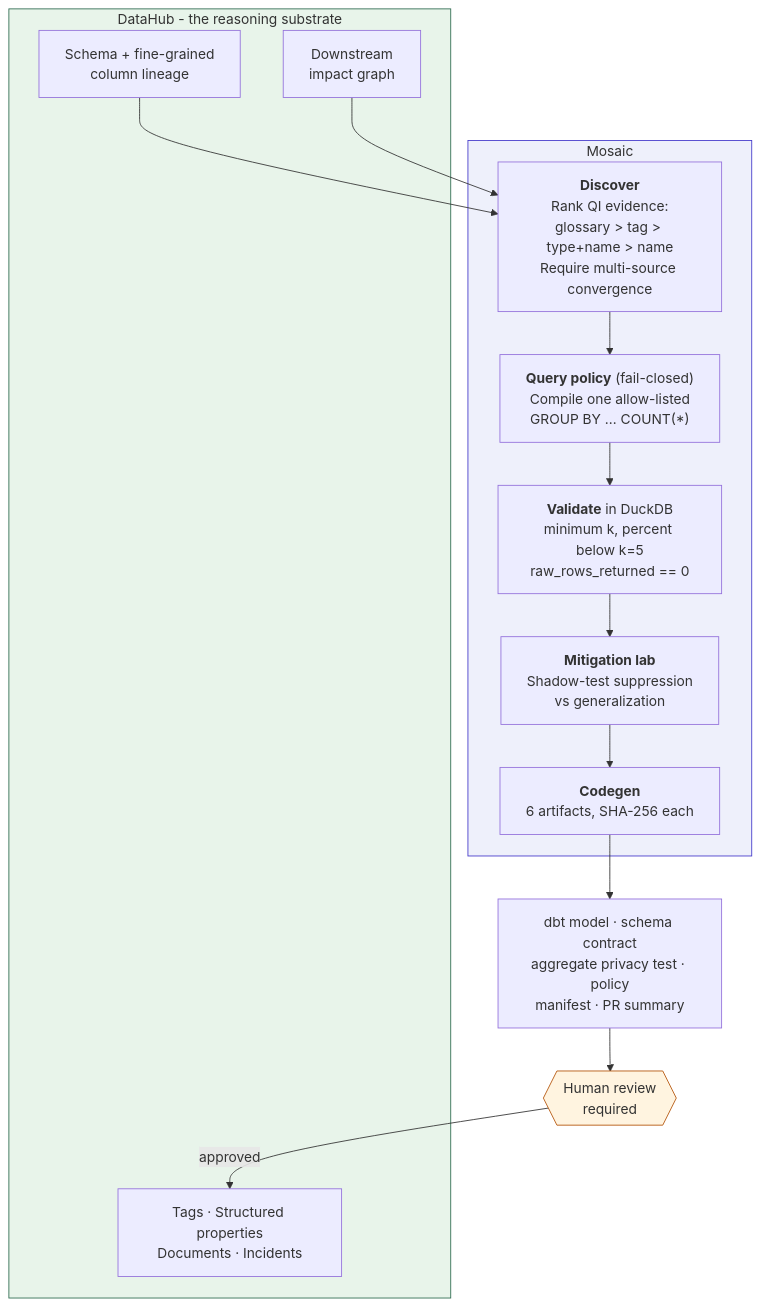
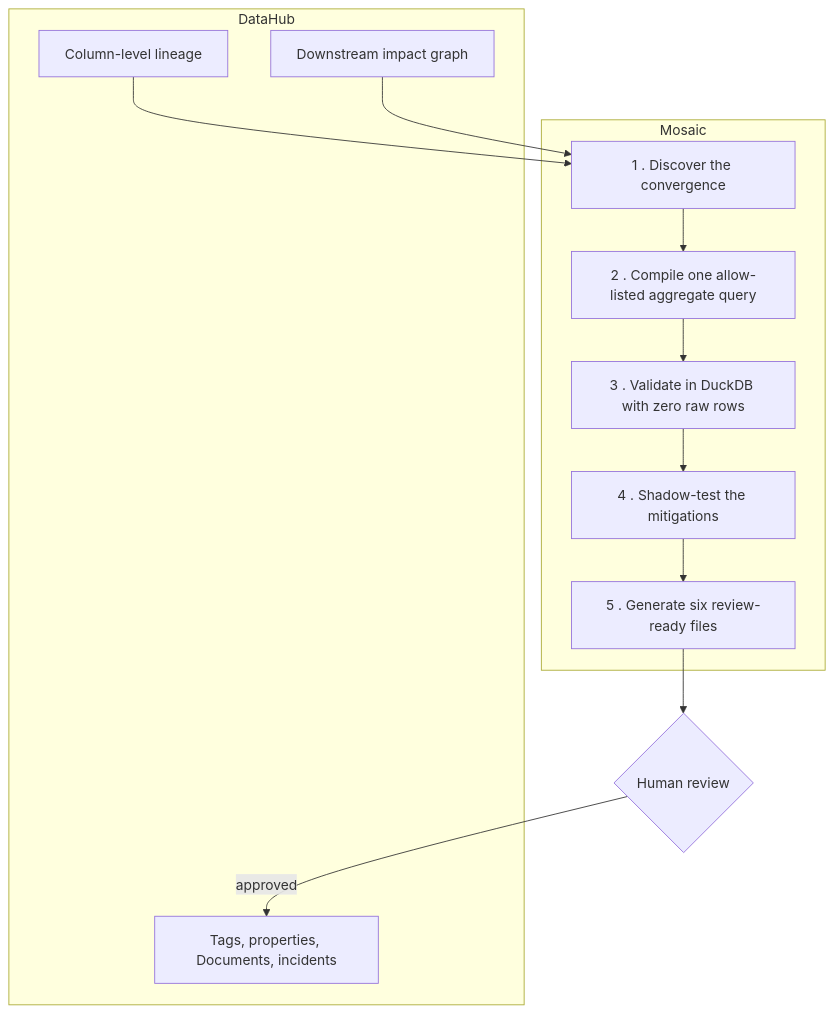
Before and after one commit to usv240/mosaic-datahub: the first of 2 diagrams in README.md, drawn with Mermaid. The commit also changed other lines of this file, not shown here.

Commit message:
Fix mermaid diagrams to render on GitHub in both themes

````diff
--- a/README.md
+++ b/README.md
@@ -40,30 +40,23 @@
 ```mermaid
 flowchart TB
-    subgraph DataHub["DataHub - the reasoning substrate"]
-        DH1["Schema + fine-grained<br/>column lineage"]
-        DH2["Downstream<br/>impact graph"]
-        DH3["Tags · Structured properties<br/>Documents · Incidents"]
+    subgraph DataHub
+        DH1[Column-level lineage]
+        DH2[Downstream impact graph]
+        DH3[Tags, properties, Documents, incidents]
     end
 
-    subgraph Mosaic["Mosaic"]
-        M1["<b>Discover</b><br/>Rank QI evidence:<br/>glossary &gt; tag &gt; type+name &gt; name<br/>Require multi-source convergence"]
-        M2["<b>Query policy</b> (fail-closed)<br/>Compile one allow-listed<br/>GROUP BY … COUNT(*)"]
-        M3["<b>Validate</b> in DuckDB<br/>minimum k, percent below k=5<br/>raw_rows_returned == 0"]
-        M4["<b>Mitigation lab</b><br/>Shadow-test suppression<br/>vs generalization"]
-        M5["<b>Codegen</b><br/>6 artifacts, SHA-256 each"]
+    subgraph Mosaic
+        M1[1 . Discover the convergence]
+        M2[2 . Compile one allow-listed aggregate query]
+        M3[3 . Validate in DuckDB with zero raw rows]
+        M4[4 . Shadow-test the mitigations]
+        M5[5 . Generate six review-ready files]
     end
 
-    HUMAN{{"Human review<br/>required"}}
-    OUT["dbt model · schema contract<br/>aggregate privacy test · policy<br/>manifest · PR summary"]
+    HUMAN{Human review}
 
     DH1 --> M1
     DH2 --> M1
-    M1 --> M2 --> M3 --> M4 --> M5
-    M5 --> OUT
-    OUT --> HUMAN
+    M1 --> M2 --> M3 --> M4 --> M5 --> HUMAN
     HUMAN -->|approved| DH3
-
-    style DataHub fill:#e8f4ea,stroke:#2d6a4f
-    style Mosaic fill:#eef0fb,stroke:#4338ca
-    style HUMAN fill:#fff4e0,stroke:#b45309
 ```
````
